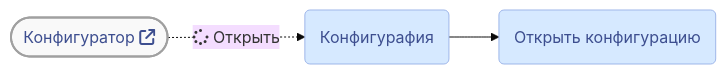
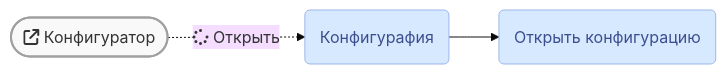
The second of 3 diagrams in faq/crash/main-white-window.md (lugovoe/manual), drawn with Mermaid (base theme) before and after one commit. The commit also changed other lines of this file, not shown here.

````diff
--- a/faq/crash/main-white-window.md
+++ b/faq/crash/main-white-window.md
@@ -33,9 +33,11 @@
 ``` mermaid
 flowchart LR
-  b1(["Конфигуратор fa:fa-external-link"]) -. fa:fa-spinner Открыть .-> m1;
+  b1(["fa:fa-external-link Конфигуратор"]) -. fa:fa-spinner Открыть .-> m1;
   m1(Конфигурафия) --> m2;
   m2(Открыть конфигурацию);
-  classDef default fill:#d6e9ff,stroke:#9eb6e9,stroke-width:1px,color:#3d4e8f;
-  classDef button fill:#f9f9f9,stroke:#a0a0a0,stroke-width:2px:color:#ff0000;
+  classDef default fill:#d6e9ff,stroke:#a0a0a0,stroke-width:1px;
+  classDef button fill:#f9f9f9,stroke-width:2px;
+  classDef cfgmenu stroke:#9eb6e9,color:#3d4e8f;
   class b1 button;
+  class m1,m2 cfgmenu;
 ```
````
